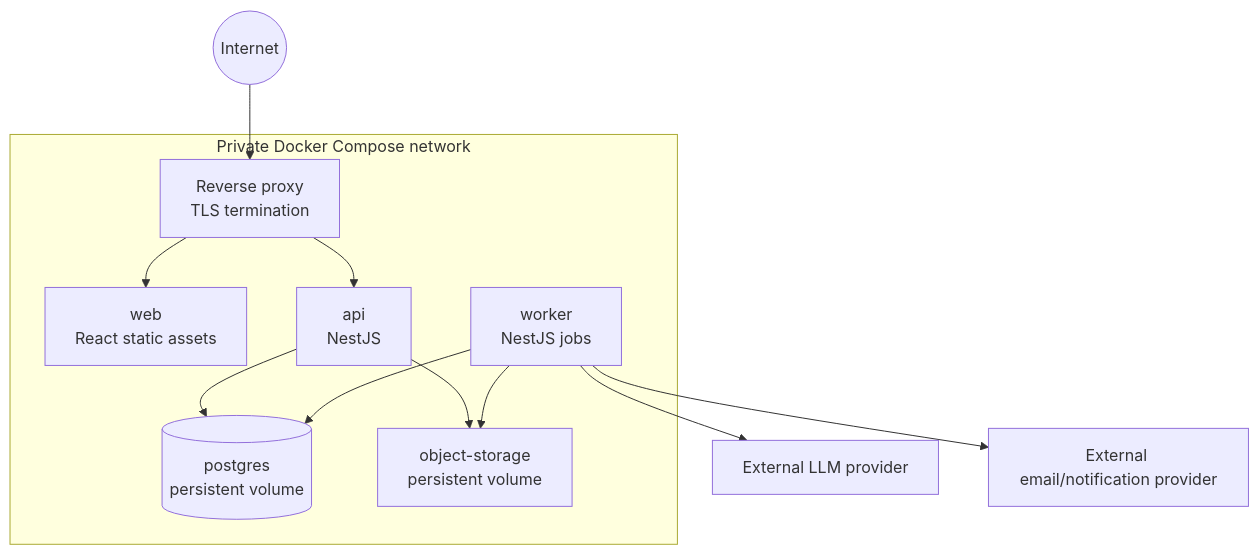
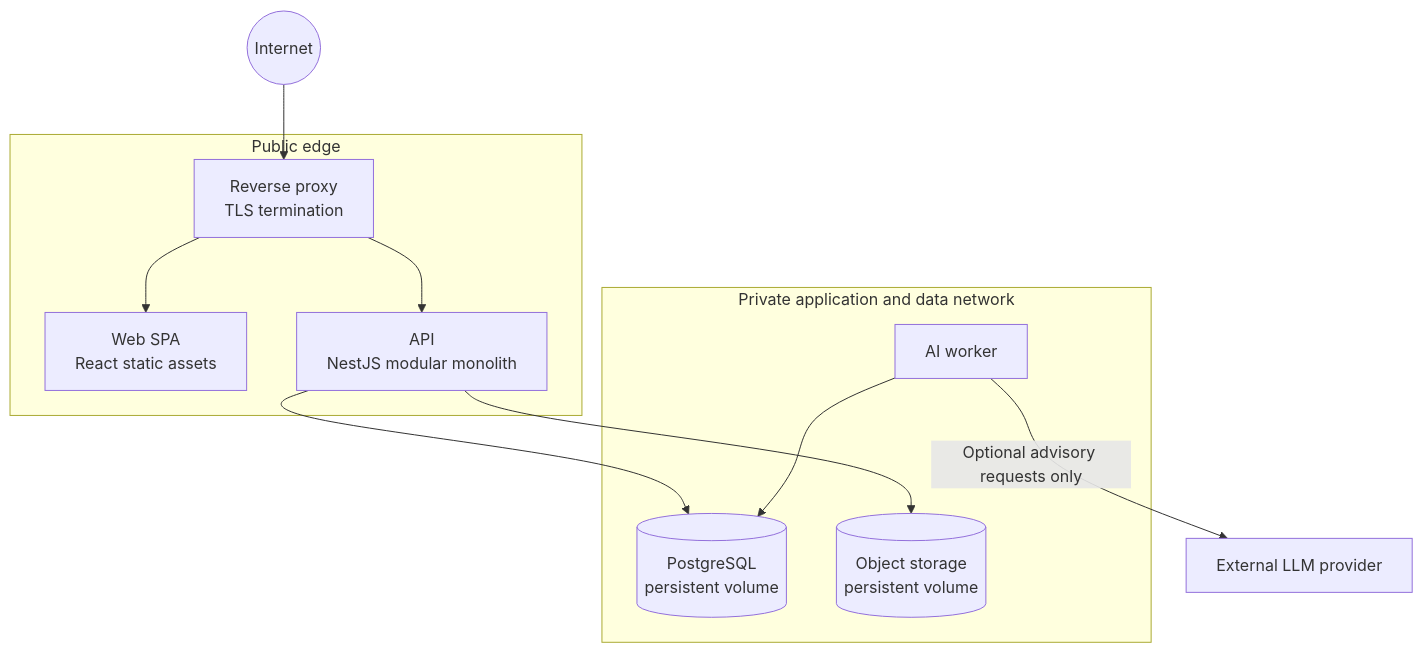
Before and after one commit to Binhdn04/DoanNhatBinh_PMDC_Intern_1109: the diagram in docs/architecture/c4/05-deployment-view.md, drawn with Mermaid. The commit also changed other lines of this file and 19 other files, not shown here.

````diff
--- a/docs/architecture/c4/05-deployment-view.md
+++ b/docs/architecture/c4/05-deployment-view.md
@@ -3,14 +5,17 @@
 ```mermaid
 flowchart TB
   Internet((Internet)) --> Proxy[Reverse proxy\nTLS termination]
-  subgraph compose[Private Docker Compose network]
-    Proxy --> Web[web\nReact static assets]
-    Proxy --> Api[api\nNestJS]
-    Api --> Pg[(postgres\npersistent volume)]
-    Api --> Store[object-storage\npersistent volume]
-    Worker[worker\nNestJS jobs] --> Pg
-    Worker --> Store
+
+  subgraph Public[Public edge]
+    Proxy --> Web[Web SPA\nReact static assets]
+    Proxy --> API[API\nNestJS modular monolith]
   end
-  Worker --> LLM[External LLM provider]
-  Worker --> Email[External email/notification provider]
+
+  subgraph Private[Private application and data network]
+    API --> DB[(PostgreSQL\npersistent volume)]
+    API --> Store[(Object storage\npersistent volume)]
+    Worker[AI worker] --> DB
+  end
+
+  Worker -->|Optional advisory requests only| LLM[External LLM provider]
 ```
````
